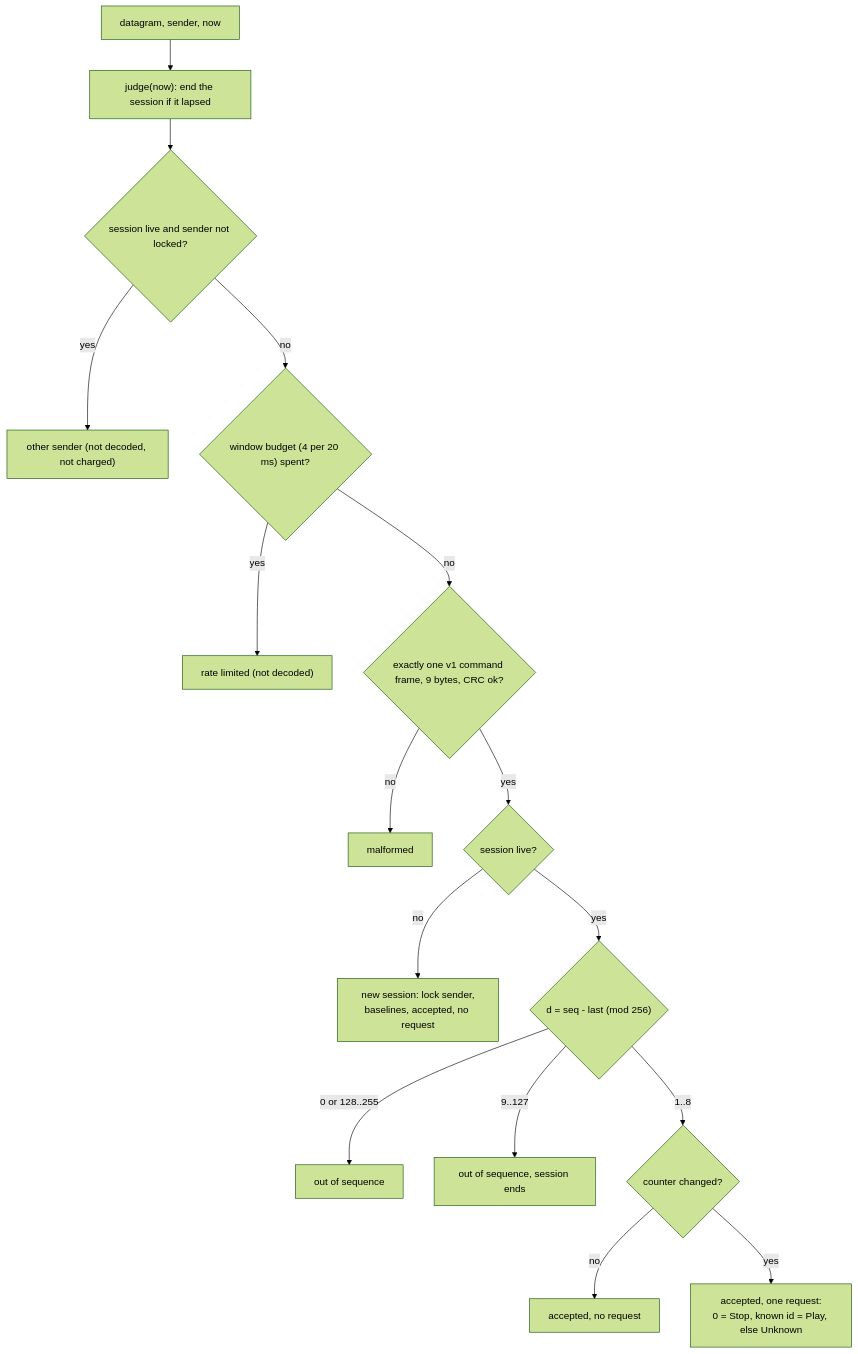
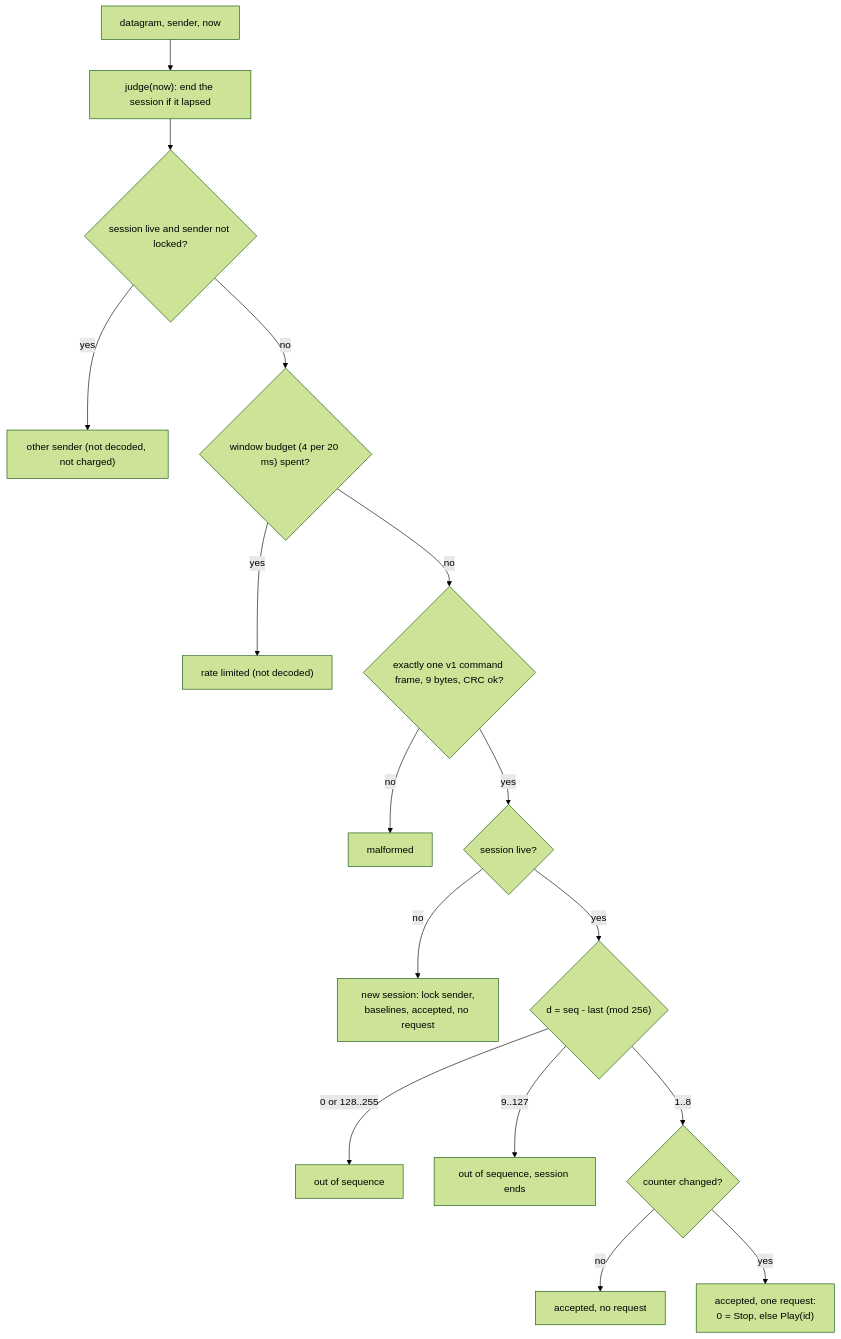
The third of 3 diagrams in openspec/changes/drive-link/design.md (blackfyre/mini-spooder), drawn with Mermaid (forest theme) before and after one commit. The commit also changed other lines of this file and 3 other files, not shown here.

````diff
--- a/openspec/changes/drive-link/design.md
+++ b/openspec/changes/drive-link/design.md
@@ -99,18 +108,18 @@
 ```mermaid
 flowchart TD
   A["datagram, sender, now"] --> J["judge(now): end the session if it lapsed"]
   J --> L{"session live and sender not locked?"}
   L -- yes --> O1["other sender (not decoded, not charged)"]
   L -- no --> B{"window budget (4 per 20 ms) spent?"}
   B -- yes --> O2["rate limited (not decoded)"]
   B -- no --> V{"exactly one v1 command frame, 9 bytes, CRC ok?"}
   V -- no --> O3[malformed]
   V -- yes --> Q{"session live?"}
   Q -- no --> N["new session: lock sender,<br/>baselines, accepted, no request"]
   Q -- yes --> D{"d = seq - last (mod 256)"}
   D -- "0 or 128..255" --> O4["out of sequence"]
   D -- "9..127" --> O5["out of sequence, session ends"]
   D -- "1..8" --> C{"counter changed?"}
   C -- no --> OK["accepted, no request"]
-  C -- yes --> RQ["accepted, one request:<br/>0 = Stop, known id = Play, else Unknown"]
+  C -- yes --> RQ["accepted, one request:<br/>0 = Stop, else Play(id)"]
 ```
````
